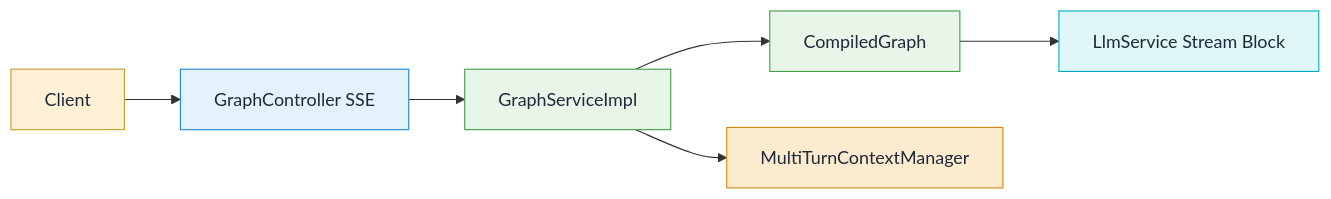
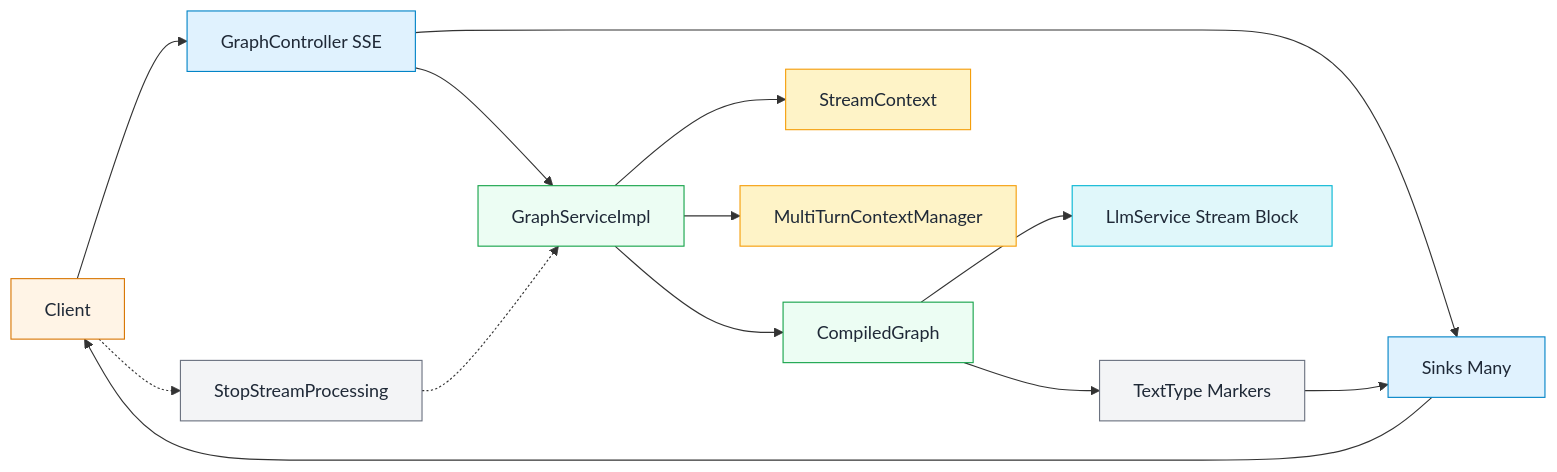
Before and after one commit to spring-ai-alibaba/DataAgent: diagram 11 of 18 in README.md, drawn with Mermaid. The commit also changed other lines of this file, not shown here.

Commit message:
refactor: enhance README with updated architecture diagrams, improved class definitions, and refined workflow processes for clarity

````diff
--- a/README.md
+++ b/README.md
@@ -326,20 +458,29 @@
 ```mermaid
 flowchart LR
   Client --> SSE[GraphController SSE]
+  SSE --> Sink[Sinks Many]
   SSE --> GraphSvc[GraphServiceImpl]
+  GraphSvc --> StreamCtx[StreamContext]
+  GraphSvc --> Ctx[MultiTurnContextManager]
   GraphSvc --> Graph[CompiledGraph]
-  GraphSvc --> Ctx[MultiTurnContextManager]
   Graph --> LLM[LlmService Stream Block]
+  Graph --> TextType[TextType Markers]
+  TextType --> Sink
+  Sink --> Client
+  Client -.-> Stop[StopStreamProcessing]
+  Stop -.-> GraphSvc
 
-  classDef client fill:#FFF1D6,stroke:#C79D2B,stroke-width:1px,color:#1F2937;
-  classDef api fill:#E3F2FD,stroke:#1E88E5,stroke-width:1px,color:#1F2937;
-  classDef service fill:#E8F5E9,stroke:#43A047,stroke-width:1px,color:#1F2937;
-  classDef data fill:#FDEBD0,stroke:#D68910,stroke-width:1px,color:#1F2937;
-  classDef llm fill:#E0F7FA,stroke:#00ACC1,stroke-width:1px,color:#1F2937;
+  classDef client fill:#FFF4E6,stroke:#D97706,stroke-width:1px,color:#1F2937;
+  classDef api fill:#E0F2FE,stroke:#0284C7,stroke-width:1px,color:#1F2937;
+  classDef service fill:#ECFDF3,stroke:#16A34A,stroke-width:1px,color:#1F2937;
+  classDef data fill:#FEF3C7,stroke:#F59E0B,stroke-width:1px,color:#1F2937;
+  classDef llm fill:#E0F7FA,stroke:#06B6D4,stroke-width:1px,color:#1F2937;
+  classDef control fill:#F3F4F6,stroke:#6B7280,stroke-width:1px,color:#1F2937;
 
   class Client client
-  class SSE api
+  class SSE,Sink api
   class GraphSvc,Graph service
-  class Ctx data
+  class StreamCtx,Ctx data
   class LLM llm
+  class TextType,Stop control
 ```
````
